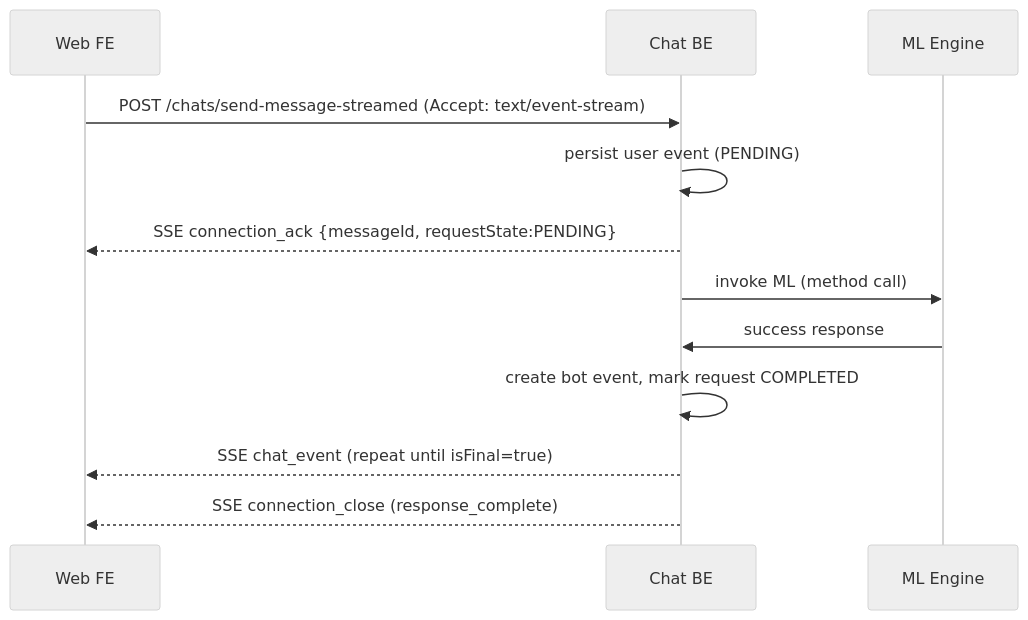
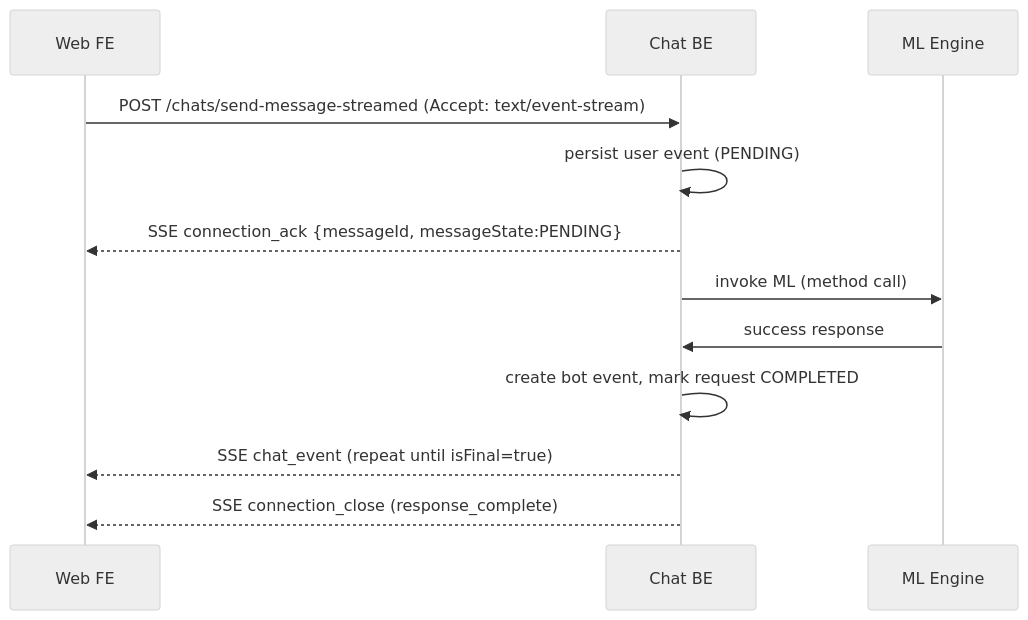
The first of 5 diagrams in chat_v1.md (sachin-hg/chat-demo), drawn with Mermaid (neutral theme) before and after one commit. The commit also changed other lines of this file and 15 other files, not shown here.

````diff
--- a/chat_v1.md
+++ b/chat_v1.md
@@ -476,16 +473,16 @@
 ```mermaid
 sequenceDiagram
     participant FE as Web FE
     participant BE as Chat BE
     participant ML as ML Engine
 
     FE->>BE: POST /chats/send-message-streamed (Accept: text/event-stream)
     BE->>BE: persist user event (PENDING)
-    BE-->>FE: SSE connection_ack {messageId, requestState:PENDING}
+    BE-->>FE: SSE connection_ack {messageId, messageState:PENDING}
     BE->>ML: invoke ML (method call)
 
     ML->>BE: success response
     BE->>BE: create bot event, mark request COMPLETED
     BE-->>FE: SSE chat_event (repeat until isFinal=true)
     BE-->>FE: SSE connection_close (response_complete)
 ```
````
